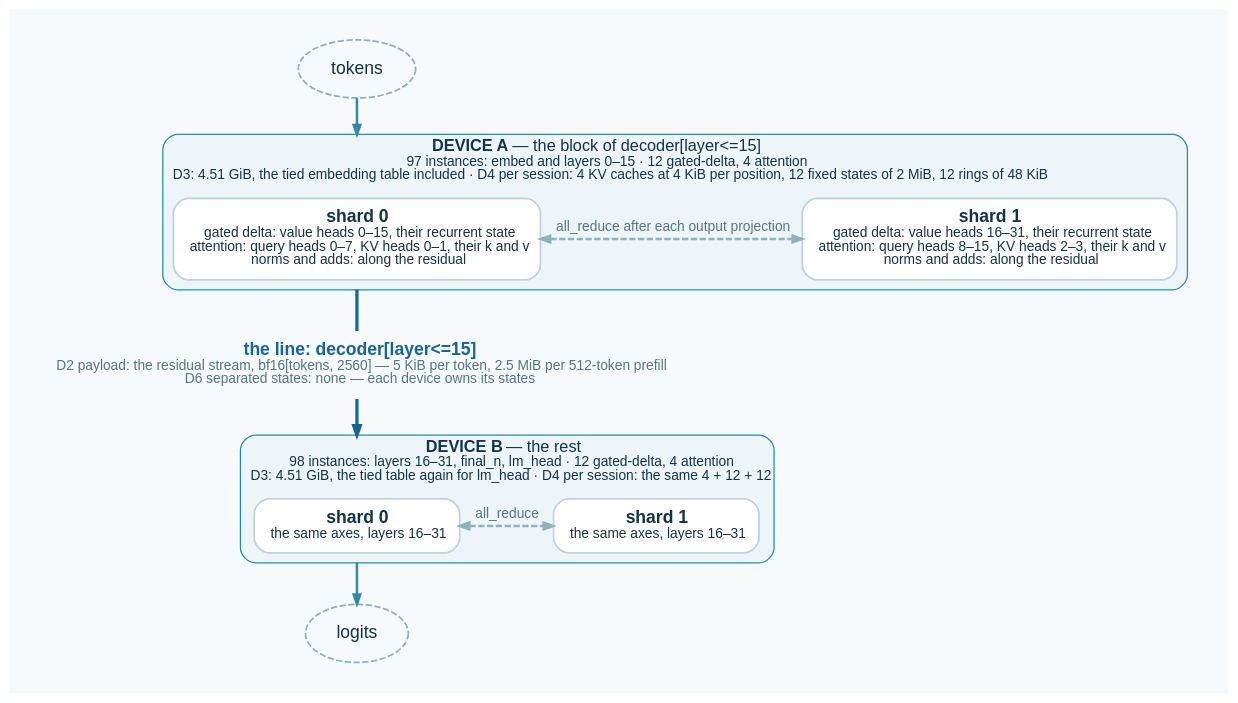
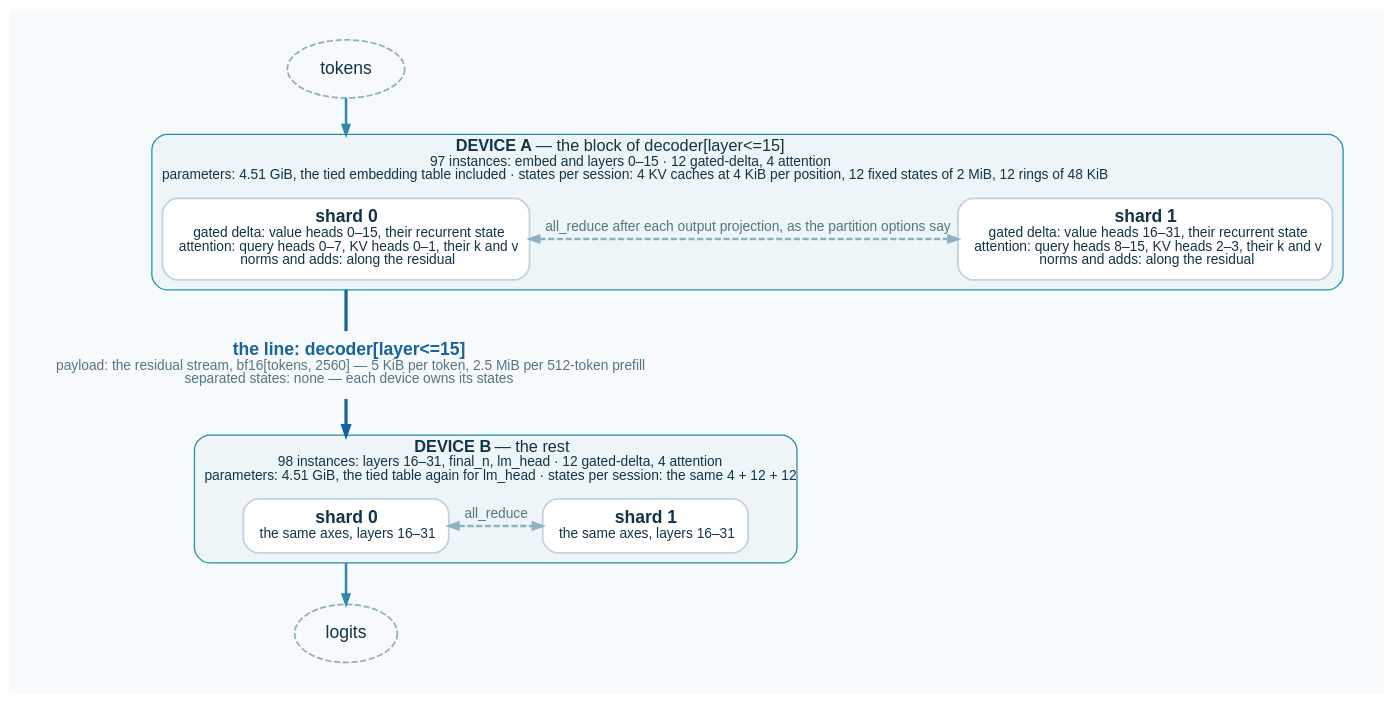
Before and after one commit to maneex/tensorspine: the diagram in docs/qwen-split.dot, drawn with Graphviz. The commit also changed 5 other files, not shown here.

Commit message:
docs: the reading guide and its diagrams name the derived products instead of numbering them — Derived Computation Graph, Value Shapes and Lifetimes, Parameter Tensor Inventory, State Inventory and Behavior, Logical Resource Requirements and Costs, Decomposition Options

```diff
--- a/docs/qwen-split.dot
+++ b/docs/qwen-split.dot
@@ -1,38 +1,38 @@
 // Render with: dot -Tsvg docs/qwen-split.dot -o docs/qwen-split.svg
 digraph qwen_split {
   graph [rankdir=TB, bgcolor="#F6FAFC", pad="0.34", nodesep="0.35", ranksep="0.55", splines=spline, compound=true, fontname="Arial"];
   node [shape=box, style="rounded,filled", fontname="Arial", color="#BFD3DE", fillcolor="#FFFFFF", fontcolor="#123348", penwidth=1.4, margin="0.18,0.12"];
   edge [color="#3389A5", fontname="Arial", fontcolor="#557583", fontsize=11, penwidth=2.0, arrowsize=0.75];
 
   tokens [shape=ellipse, style="dashed", color="#8FB0C0", label=<tokens>];
 
   subgraph cluster_a {
-    label=<<FONT POINT-SIZE="13"><B>DEVICE A</B> — the block of decoder[layer&lt;=15]</FONT><BR/><FONT POINT-SIZE="11">97 instances: embed and layers 0–15 · 12 gated-delta, 4 attention</FONT><BR/><FONT POINT-SIZE="11">D3: 4.51 GiB, the tied embedding table included · D4 per session: 4 KV caches at 4 KiB per position, 12 fixed states of 2 MiB, 12 rings of 48 KiB</FONT>>;
+    label=<<FONT POINT-SIZE="13"><B>DEVICE A</B> — the block of decoder[layer&lt;=15]</FONT><BR/><FONT POINT-SIZE="11">97 instances: embed and layers 0–15 · 12 gated-delta, 4 attention</FONT><BR/><FONT POINT-SIZE="11">parameters: 4.51 GiB, the tied embedding table included · states per session: 4 KV caches at 4 KiB per position, 12 fixed states of 2 MiB, 12 rings of 48 KiB</FONT>>;
     fontname="Arial"; fontcolor="#123348"; color="#218EA5"; style="rounded"; bgcolor="#EEF5F8"; labeljust="l";
     a0 [label=<<B>shard 0</B><BR/><FONT POINT-SIZE="11">gated delta: value heads 0–15, their recurrent state<BR/>attention: query heads 0–7, KV heads 0–1, their k and v<BR/>norms and adds: along the residual</FONT>>];
     a1 [label=<<B>shard 1</B><BR/><FONT POINT-SIZE="11">gated delta: value heads 16–31, their recurrent state<BR/>attention: query heads 8–15, KV heads 2–3, their k and v<BR/>norms and adds: along the residual</FONT>>];
     { rank=same; a0; a1; }
     a0 -> a1 [style=invis];
-    a0 -> a1 [dir=both, style=dashed, color="#8FB0C0", constraint=false, label=<all_reduce after each output projection>];
+    a0 -> a1 [dir=both, style=dashed, color="#8FB0C0", constraint=false, label=<all_reduce after each output projection, as the partition options say>];
   }
 
   line [shape=plaintext, fillcolor="#F6FAFC", color="#F6FAFC", fontcolor="#17639A",
-        label=<<B>the line: decoder[layer&lt;=15]</B><BR/><FONT POINT-SIZE="11" COLOR="#557583">D2 payload: the residual stream, bf16[tokens, 2560] — 5 KiB per token, 2.5 MiB per 512-token prefill<BR/>D6 separated states: none — each device owns its states</FONT>>];
+        label=<<B>the line: decoder[layer&lt;=15]</B><BR/><FONT POINT-SIZE="11" COLOR="#557583">payload: the residual stream, bf16[tokens, 2560] — 5 KiB per token, 2.5 MiB per 512-token prefill<BR/>separated states: none — each device owns its states</FONT>>];
 
   subgraph cluster_b {
-    label=<<FONT POINT-SIZE="13"><B>DEVICE B</B> — the rest</FONT><BR/><FONT POINT-SIZE="11">98 instances: layers 16–31, final_n, lm_head · 12 gated-delta, 4 attention</FONT><BR/><FONT POINT-SIZE="11">D3: 4.51 GiB, the tied table again for lm_head · D4 per session: the same 4 + 12 + 12</FONT>>;
+    label=<<FONT POINT-SIZE="13"><B>DEVICE B</B> — the rest</FONT><BR/><FONT POINT-SIZE="11">98 instances: layers 16–31, final_n, lm_head · 12 gated-delta, 4 attention</FONT><BR/><FONT POINT-SIZE="11">parameters: 4.51 GiB, the tied table again for lm_head · states per session: the same 4 + 12 + 12</FONT>>;
     fontname="Arial"; fontcolor="#123348"; color="#218EA5"; style="rounded"; bgcolor="#EEF5F8"; labeljust="l";
     b0 [label=<<B>shard 0</B><BR/><FONT POINT-SIZE="11">the same axes, layers 16–31</FONT>>];
     b1 [label=<<B>shard 1</B><BR/><FONT POINT-SIZE="11">the same axes, layers 16–31</FONT>>];
     { rank=same; b0; b1; }
     b0 -> b1 [style=invis];
     b0 -> b1 [dir=both, style=dashed, color="#8FB0C0", constraint=false, label=<all_reduce>];
   }
 
   logits [shape=ellipse, style="dashed", color="#8FB0C0", label=<logits>];
 
   tokens -> a0 [lhead=cluster_a];
   a0 -> line [ltail=cluster_a, penwidth=2.6, color="#17639A", arrowhead=none];
   line -> b0 [lhead=cluster_b, penwidth=2.6, color="#17639A"];
   b0 -> logits [ltail=cluster_b];
 }
```
